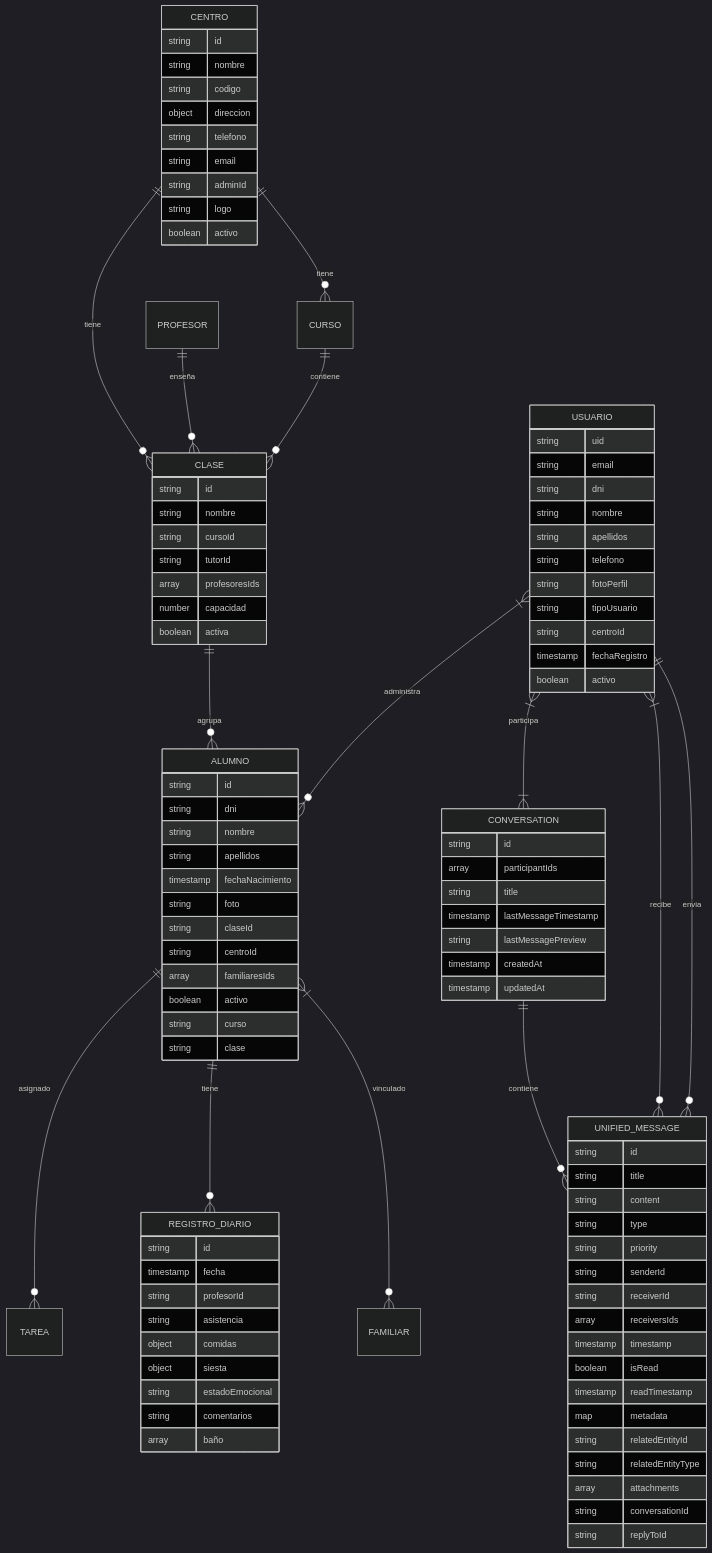
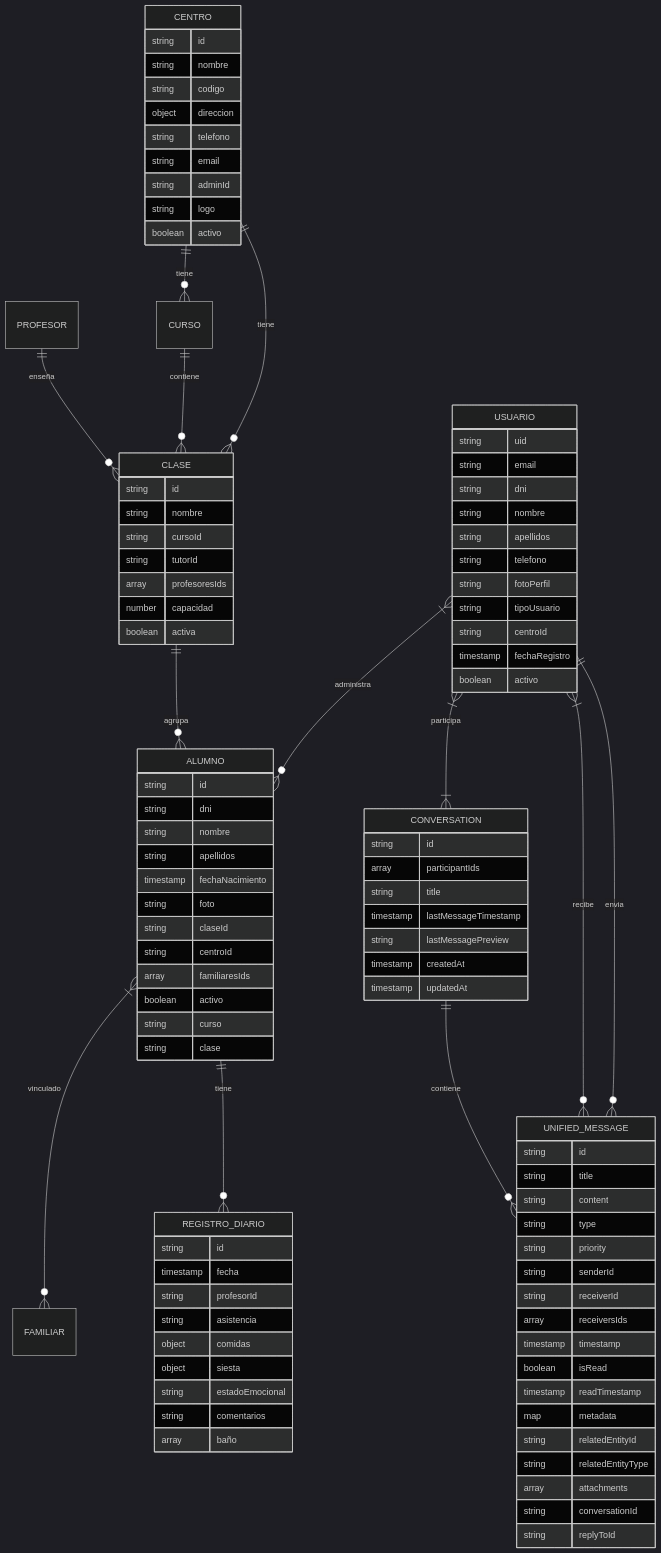
The second of 5 diagrams in docs/Estructura_Base_Datos.md (Nojabeach/UmeEgunero), drawn with Mermaid (dark theme) before and after one commit. The commit also changed other lines of this file and 71 other files, not shown here.

```diff
--- a/docs/Estructura_Base_Datos.md
+++ b/docs/Estructura_Base_Datos.md
@@ -336,7 +336,6 @@
     PROFESOR ||--o{ CLASE : enseña
     ALUMNO }|--o{ FAMILIAR : vinculado
     ALUMNO ||--o{ REGISTRO_DIARIO : tiene
-    ALUMNO ||--o{ TAREA : asignado
     CONVERSATION ||--o{ UNIFIED_MESSAGE : contiene
     
     CENTRO {
```
